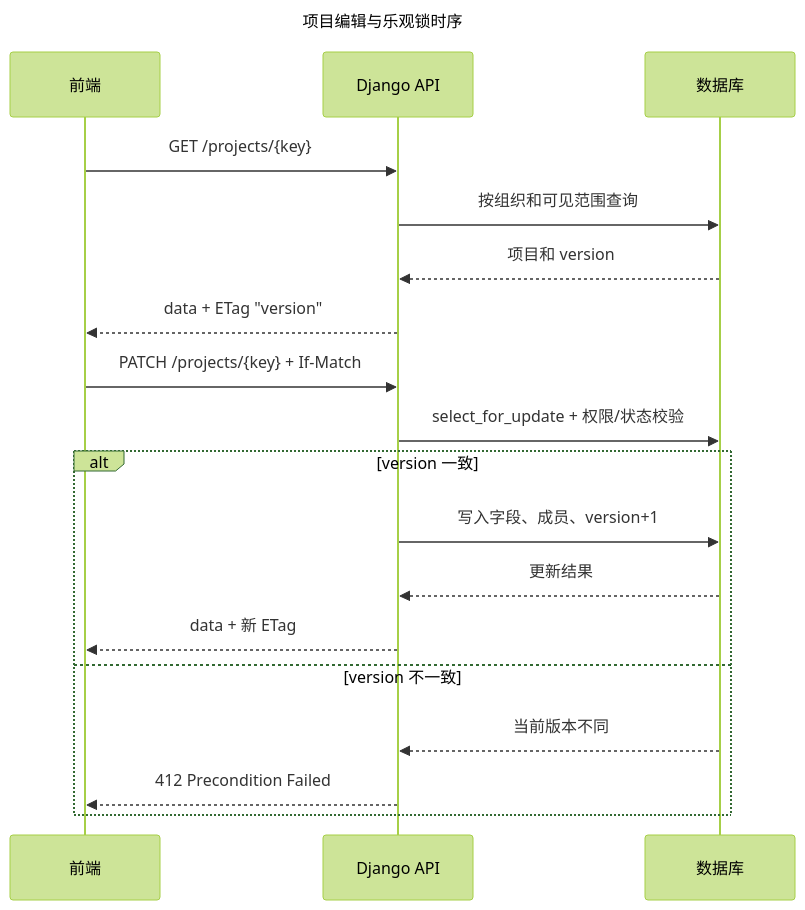
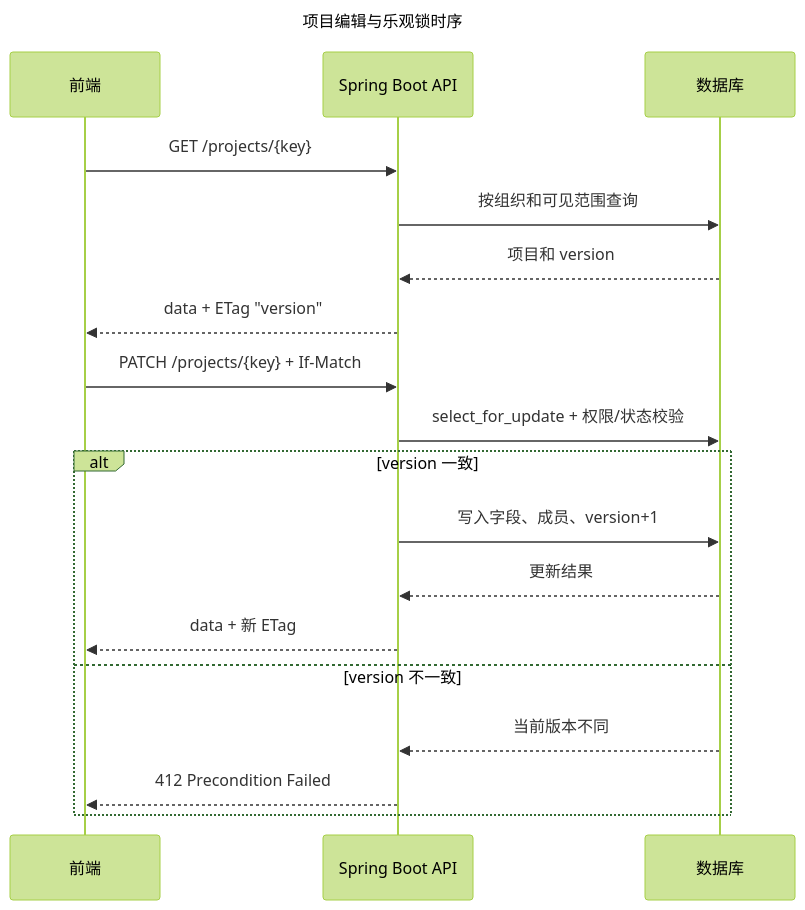
One commit to bujiuzhi/labAssistant changed the fourth of 4 diagrams in docs/detailed-design.md. Above: the diagram before and after it, drawn with Mermaid (forest theme). The commit also changed other lines of this file and 133 other files, not shown here.

````diff
--- a/docs/detailed-design.md
+++ b/docs/detailed-design.md
@@ -289,24 +287,24 @@
 ```mermaid
 ---
 title: 项目编辑与乐观锁时序
 ---
 sequenceDiagram
     participant UI as 前端
-    participant API as Django API
+    participant API as Spring Boot API
     participant DB as 数据库
 
     UI->>API: GET /projects/{key}
     API->>DB: 按组织和可见范围查询
     DB-->>API: 项目和 version
     API-->>UI: data + ETag "version"
     UI->>API: PATCH /projects/{key} + If-Match
     API->>DB: select_for_update + 权限/状态校验
     alt version 一致
         API->>DB: 写入字段、成员、version+1
         DB-->>API: 更新结果
         API-->>UI: data + 新 ETag
     else version 不一致
         DB-->>API: 当前版本不同
         API-->>UI: 412 Precondition Failed
     end
 ```
````
